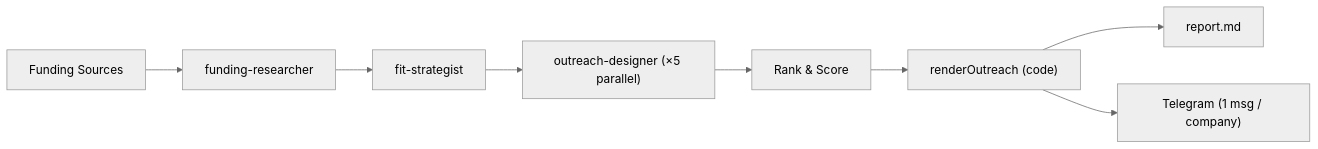
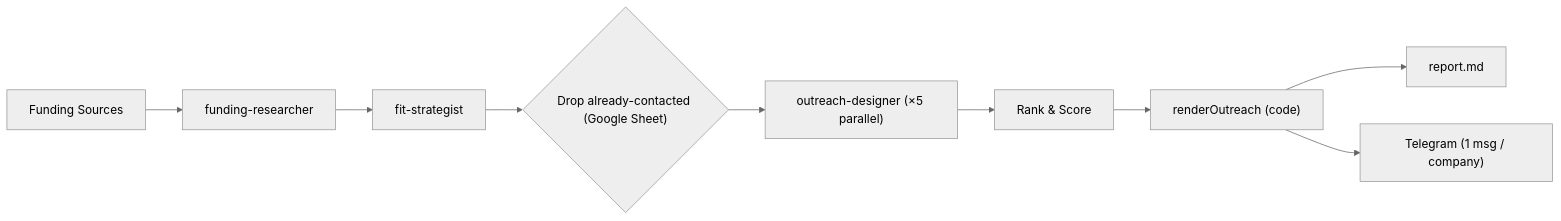
Before and after one commit to uditya-kumar/FundingToOutreach: the diagram in README.md, drawn with Mermaid (neutral theme). The commit also changed other lines of this file and 4 other files, not shown here.

Commit message:
feat: implement Google Sheets integration for deduplication of contacted companies

````diff
--- a/README.md
+++ b/README.md
@@ -30,10 +31,11 @@
 ```mermaid
 flowchart LR
     A[Funding Sources] --> B[funding-researcher]
     B --> C[fit-strategist]
-    C --> D["outreach-designer (×5 parallel)"]
+    C --> S{"Drop already-contacted (Google Sheet)"}
+    S --> D["outreach-designer (×5 parallel)"]
     D --> E[Rank & Score]
     E --> F["renderOutreach (code)"]
     F --> G[report.md]
     F --> H["Telegram (1 msg / company)"]
 ```
````
